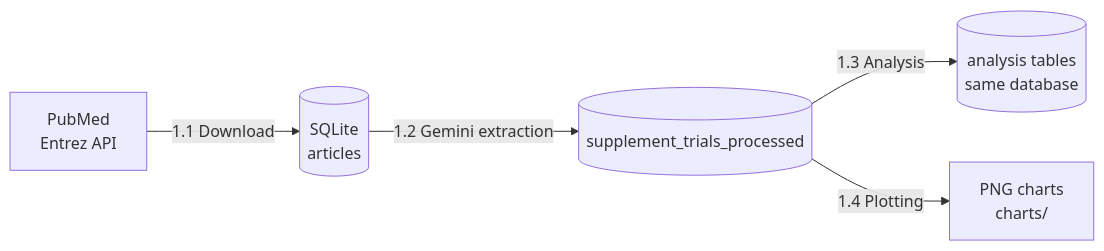
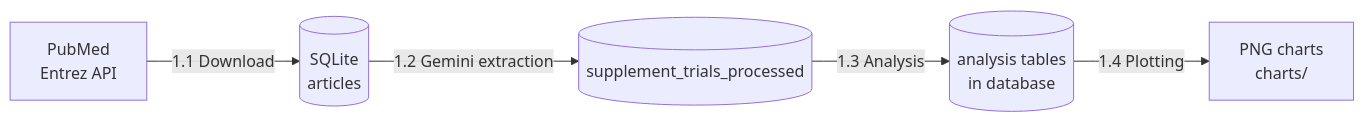
Before and after one commit to cindyhsugit/pubmed-supplement-timing-data: the diagram in README.md, drawn with Mermaid. The commit also changed 4 other files, not shown here.

Commit message:
Refactor Milestone 1.4 plotting to consume Milestone 1.3 analysis tables

````diff
--- a/README.md
+++ b/README.md
@@ -25,7 +25,7 @@
 ```mermaid
 flowchart LR
     A[PubMed<br/>Entrez API] -->|1.1 Download| B[(SQLite<br/>articles)]
     B -->|1.2 Gemini extraction| C[(supplement_trials_processed)]
-    C -->|1.3 Analysis| D[(analysis tables<br/>same database)]
-    C -->|1.4 Plotting| E[PNG charts<br/>charts/]
+    C -->|1.3 Analysis| D[(analysis tables<br/>in database)]
+    D -->|1.4 Plotting| E[PNG charts<br/>charts/]
 ```
````
